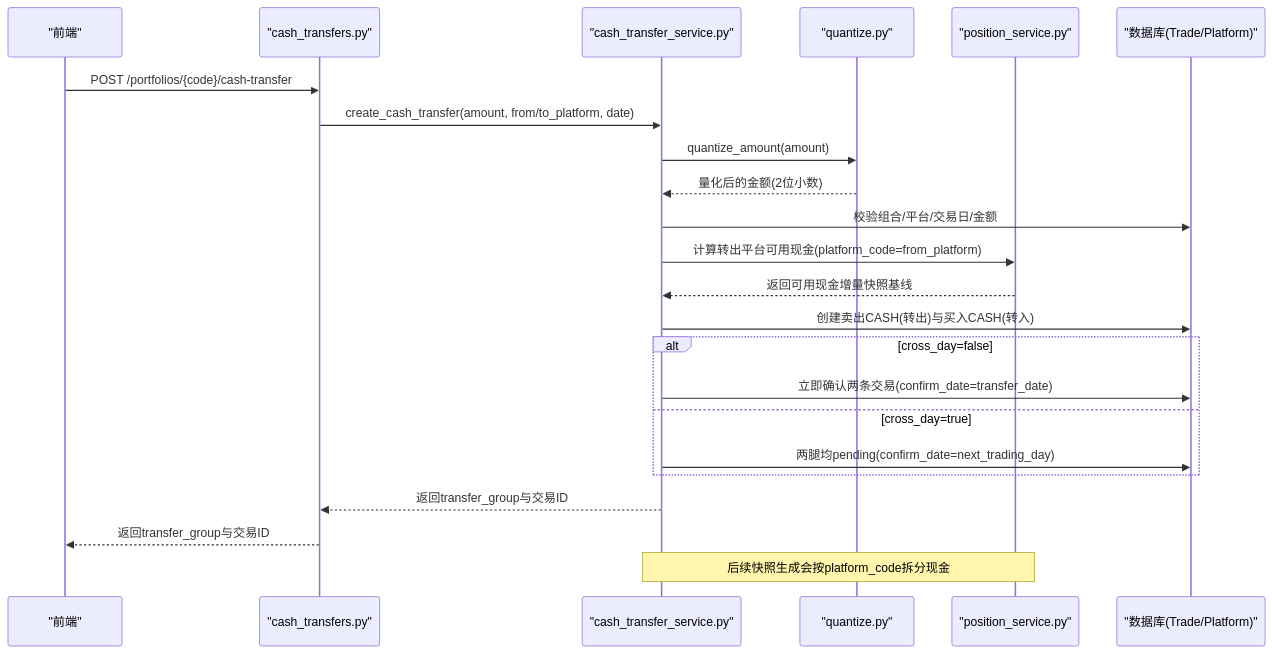
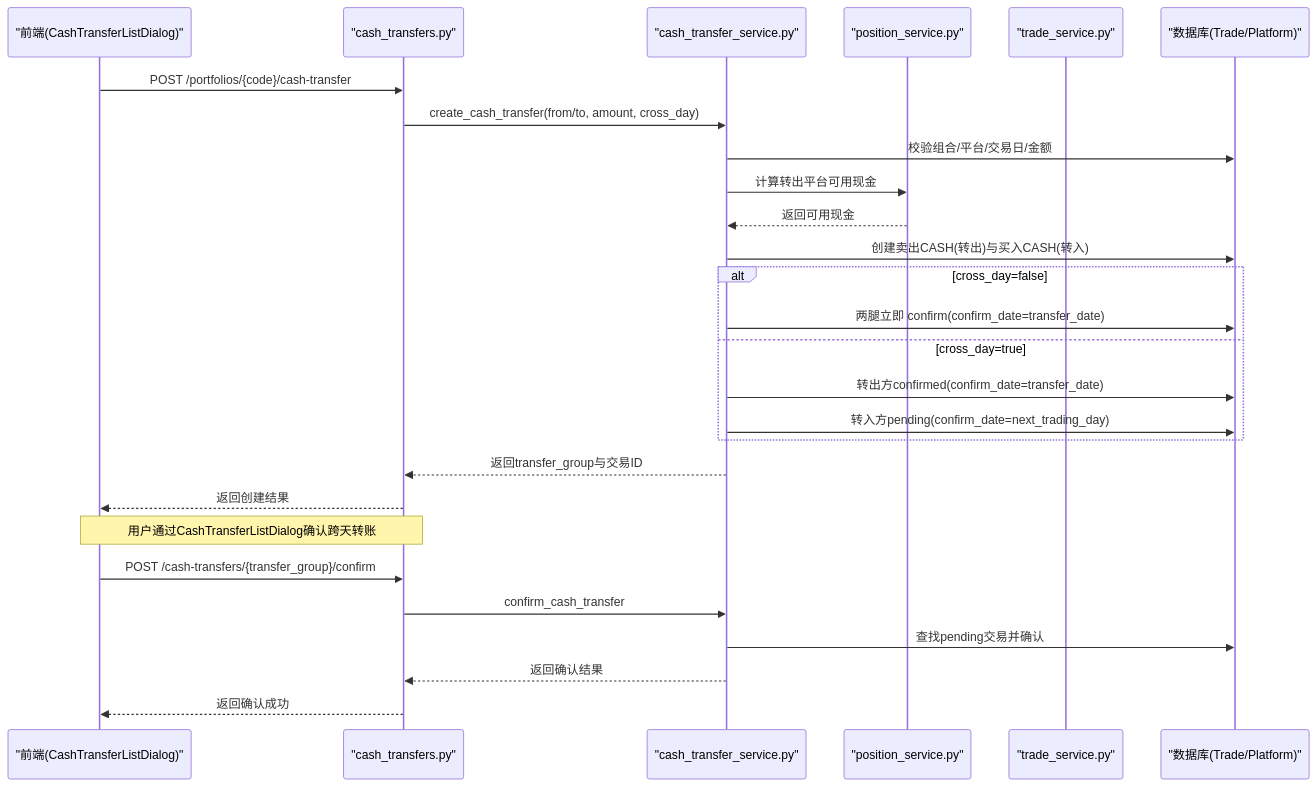
One commit to gujialind/InvestRing changed the second of 7 diagrams in .qoder/repowiki/zh/content/核心业务功能/平台间现金转移系统.md. Above: the diagram before and after it, drawn with Mermaid. The commit also changed other lines of this file and 62 other files, not shown here.

````diff
--- a/.qoder/repowiki/zh/content/核心业务功能/平台间现金转移系统.md
+++ b/.qoder/repowiki/zh/content/核心业务功能/平台间现金转移系统.md
@@ -148,25 +119,29 @@
 ```mermaid
 sequenceDiagram
-participant FE as "前端"
+participant FE as "前端(CashTransferListDialog)"
 participant RT as "cash_transfers.py"
 participant CS as "cash_transfer_service.py"
-participant QZ as "quantize.py"
 participant PS as "position_service.py"
+participant TS as "trade_service.py"
 participant DB as "数据库(Trade/Platform)"
 FE->>RT : POST /portfolios/{code}/cash-transfer
-RT->>CS : create_cash_transfer(amount, from/to_platform, date)
-CS->>QZ : quantize_amount(amount)
-QZ-->>CS : 量化后的金额(2位小数)
+RT->>CS : create_cash_transfer(from/to, amount, cross_day)
 CS->>DB : 校验组合/平台/交易日/金额
-CS->>PS : 计算转出平台可用现金(platform_code=from_platform)
-PS-->>CS : 返回可用现金增量快照基线
+CS->>PS : 计算转出平台可用现金
+PS-->>CS : 返回可用现金
 CS->>DB : 创建卖出CASH(转出)与买入CASH(转入)
 alt cross_day=false
-CS->>DB : 立即确认两条交易(confirm_date=transfer_date)
+CS->>DB : 两腿立即 confirm(confirm_date=transfer_date)
 else cross_day=true
-CS->>DB : 两腿均pending(confirm_date=next_trading_day)
+CS->>DB : 转出方confirmed(confirm_date=transfer_date)
+CS->>DB : 转入方pending(confirm_date=next_trading_day)
 end
 CS-->>RT : 返回transfer_group与交易ID
-RT-->>FE : 返回transfer_group与交易ID
-Note over PS,CS : 后续快照生成会按platform_code拆分现金
+RT-->>FE : 返回创建结果
+Note over FE,RT : 用户通过CashTransferListDialog确认跨天转账
+FE->>RT : POST /cash-transfers/{transfer_group}/confirm
+RT->>CS : confirm_cash_transfer
+CS->>DB : 查找pending交易并确认
+CS-->>RT : 返回确认结果
+RT-->>FE : 返回确认成功
 ```
````
